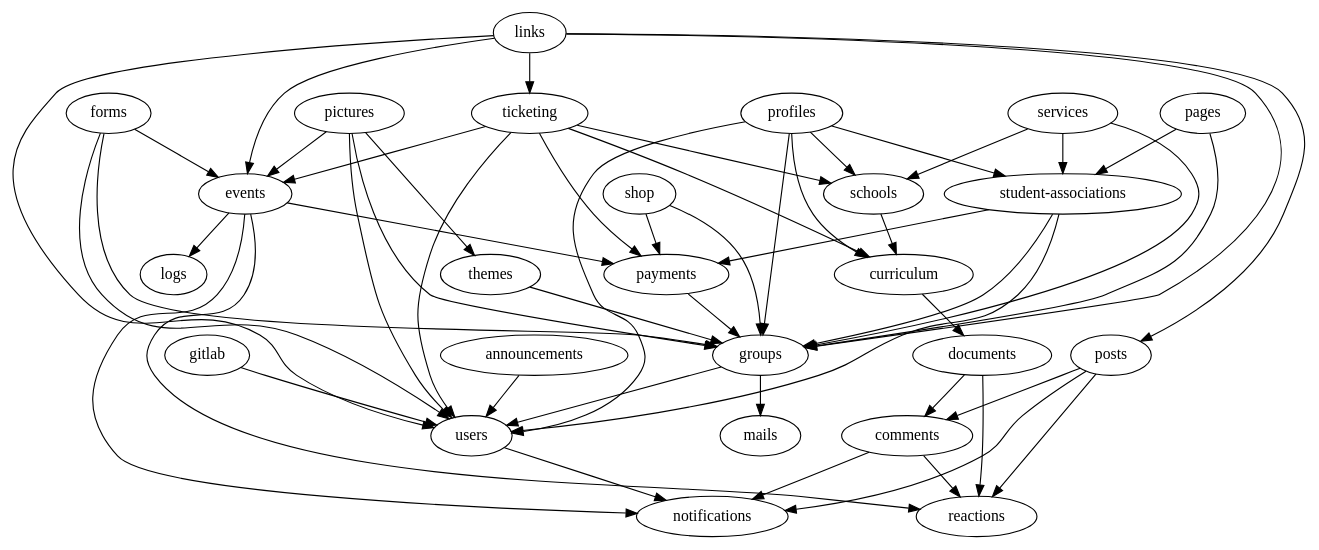
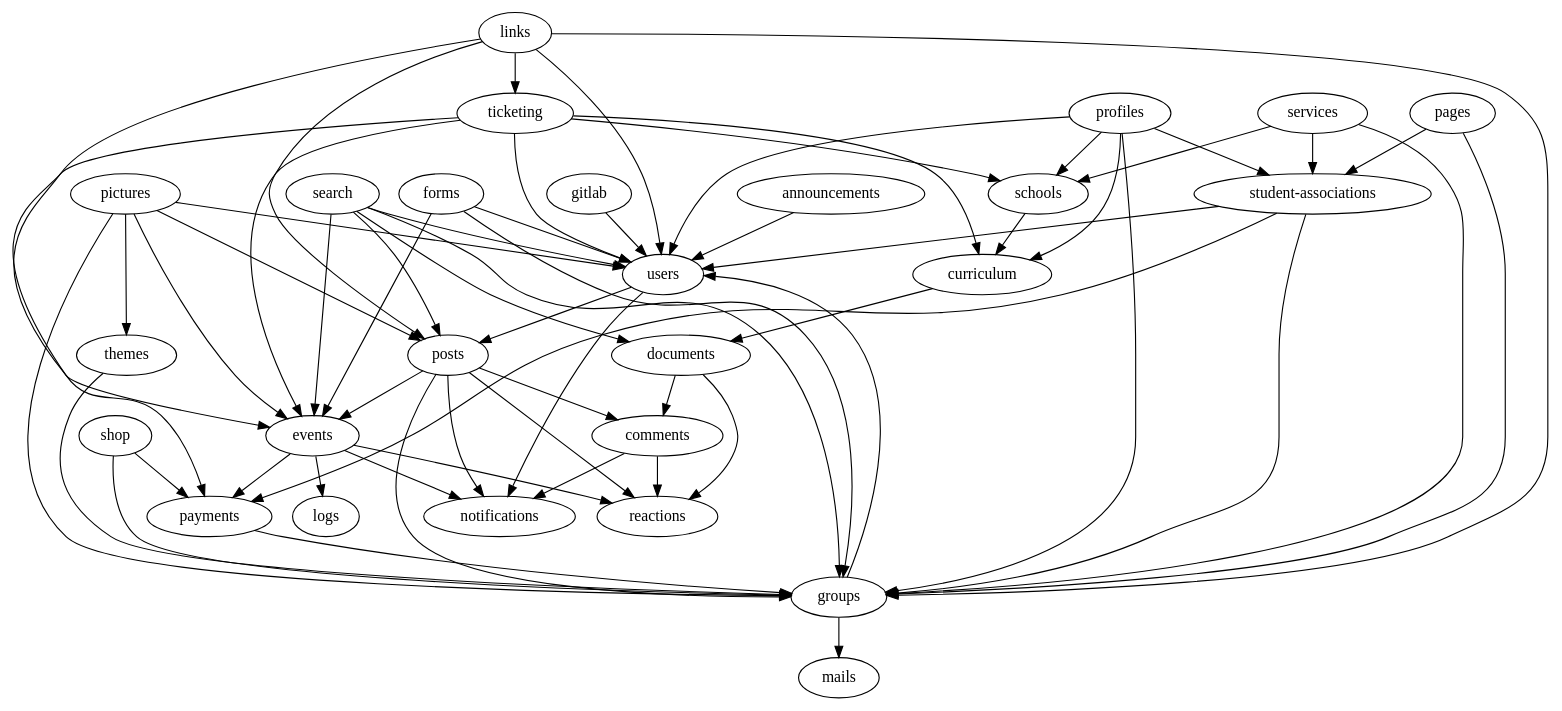
The diagram in packages/api/scripts/modules-import-graph.dot (inp-net/churros), drawn with Graphviz before and after one commit. The commit also changed 5 other files, not shown here.

```diff
--- a/packages/api/scripts/modules-import-graph.dot
+++ b/packages/api/scripts/modules-import-graph.dot
@@ -1,54 +1,63 @@
 strict digraph ImportGraph {
     "announcements" -> "users";
     "comments" -> "notifications";
     "comments" -> "reactions";
     "curriculum" -> "documents";
     "documents" -> "comments";
     "documents" -> "reactions";
     "events" -> "logs";
     "events" -> "notifications";
     "events" -> "payments";
     "events" -> "reactions";
     "forms" -> "events";
     "forms" -> "groups";
     "forms" -> "users";
     "gitlab" -> "users";
     "groups" -> "mails";
     "groups" -> "users";
     "links" -> "events";
     "links" -> "groups";
     "links" -> "posts";
     "links" -> "ticketing";
     "links" -> "users";
     "pages" -> "groups";
     "pages" -> "student-associations";
     "payments" -> "groups";
     "pictures" -> "events";
     "pictures" -> "groups";
+    "pictures" -> "posts";
     "pictures" -> "themes";
     "pictures" -> "users";
     "posts" -> "comments";
+    "posts" -> "events";
+    "posts" -> "groups";
     "posts" -> "notifications";
     "posts" -> "reactions";
     "profiles" -> "curriculum";
     "profiles" -> "groups";
     "profiles" -> "schools";
     "profiles" -> "student-associations";
     "profiles" -> "users";
     "schools" -> "curriculum";
+    "search" -> "documents";
+    "search" -> "events";
+    "search" -> "groups";
+    "search" -> "posts";
+    "search" -> "users";
     "services" -> "groups";
     "services" -> "schools";
     "services" -> "student-associations";
     "shop" -> "groups";
     "shop" -> "payments";
     "student-associations" -> "groups";
     "student-associations" -> "payments";
     "student-associations" -> "users";
     "themes" -> "groups";
     "ticketing" -> "curriculum";
     "ticketing" -> "events";
     "ticketing" -> "payments";
     "ticketing" -> "schools";
     "ticketing" -> "users";
     "users" -> "notifications";
+    "users" -> "posts";
 }
```
